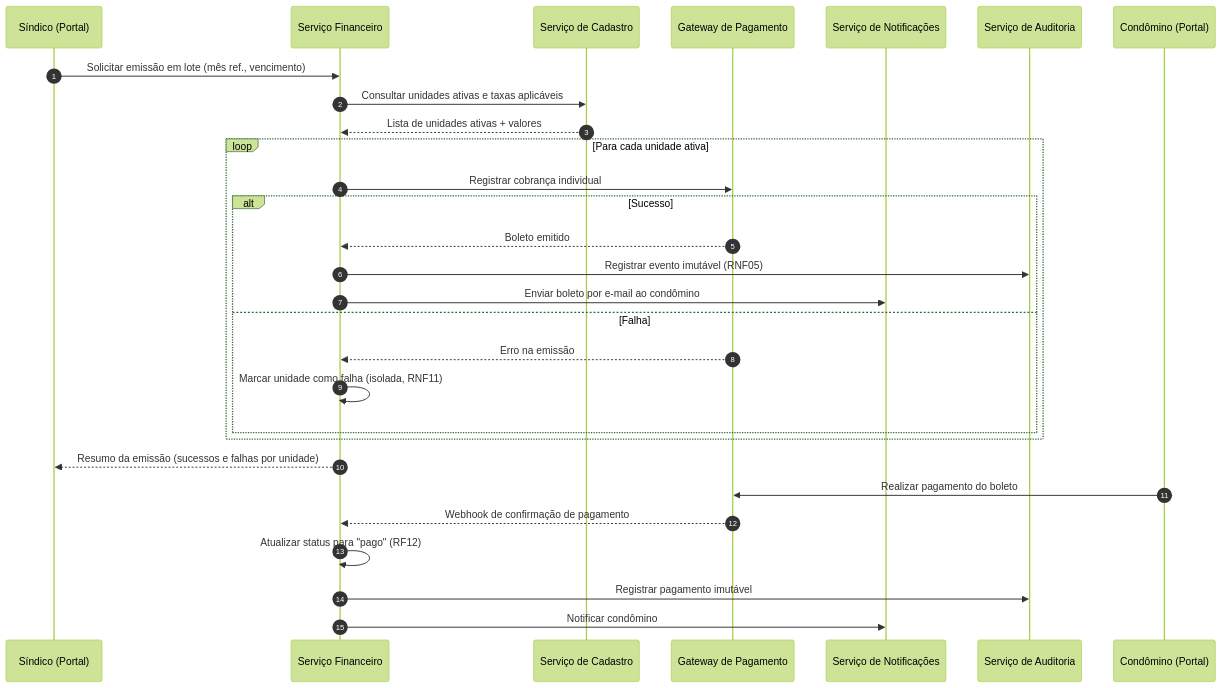
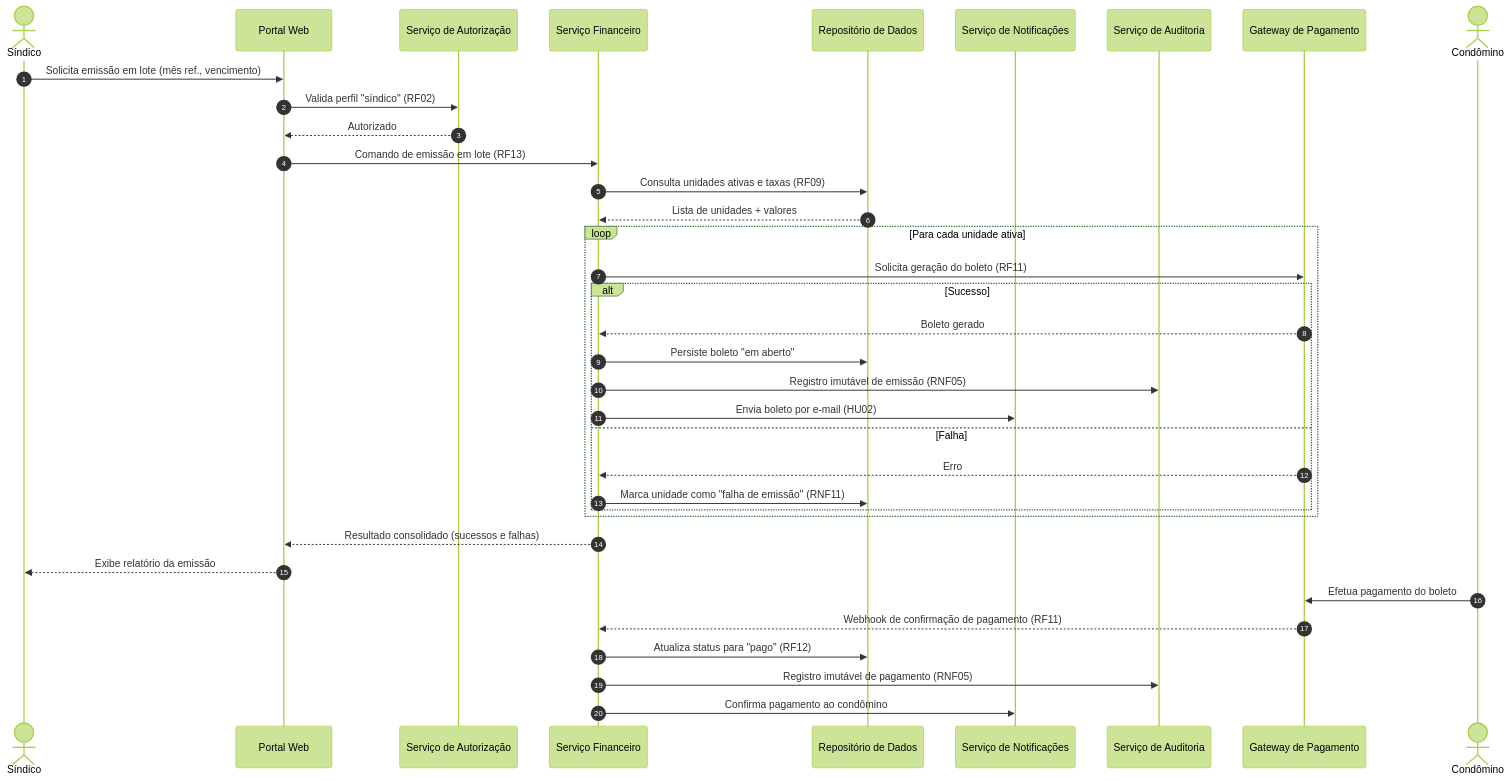
Before and after one commit to PDC-ESIA/AI4ES: the second of 3 diagrams in docs/Time_2_Design/analise-qualitativa/outputs/relatorio_claude_fable_5_M04.md, drawn with Mermaid (forest theme). The commit also changed other lines of this file and 107 other files, not shown here.

````diff
--- a/docs/Time_2_Design/analise-qualitativa/outputs/relatorio_claude_fable_5_M04.md
+++ b/docs/Time_2_Design/analise-qualitativa/outputs/relatorio_claude_fable_5_M04.md
@@ -85,33 +95,40 @@
 ```mermaid
 sequenceDiagram
     autonumber
-    participant S as Síndico (Portal)
-    participant FIN as Serviço Financeiro
-    participant CAD as Serviço de Cadastro
-    participant GW as Gateway de Pagamento
-    participant NOT as Serviço de Notificações
-    participant AUD as Serviço de Auditoria
-    participant C as Condômino (Portal)
+    actor S as Síndico
+    participant P as Portal Web
+    participant A as Serviço de Autorização
+    participant F as Serviço Financeiro
+    participant R as Repositório de Dados
+    participant N as Serviço de Notificações
+    participant AU as Serviço de Auditoria
+    participant G as Gateway de Pagamento
+    actor C as Condômino
 
-    S->>FIN: Solicitar emissão em lote (mês ref., vencimento)
-    FIN->>CAD: Consultar unidades ativas e taxas aplicáveis
-    CAD-->>FIN: Lista de unidades ativas + valores
+    S->>P: Solicita emissão em lote (mês ref., vencimento)
+    P->>A: Valida perfil "síndico" (RF02)
+    A-->>P: Autorizado
+    P->>F: Comando de emissão em lote (RF13)
+    F->>R: Consulta unidades ativas e taxas (RF09)
+    R-->>F: Lista de unidades + valores
     loop Para cada unidade ativa
-        FIN->>GW: Registrar cobrança individual
+        F->>G: Solicita geração do boleto (RF11)
         alt Sucesso
-            GW-->>FIN: Boleto emitido
-            FIN->>AUD: Registrar evento imutável (RNF05)
-            FIN->>NOT: Enviar boleto por e-mail ao condômino
+            G-->>F: Boleto gerado
+            F->>R: Persiste boleto "em aberto"
+            F->>AU: Registro imutável de emissão (RNF05)
+            F->>N: Envia boleto por e-mail (HU02)
         else Falha
-            GW-->>FIN: Erro na emissão
-            FIN->>FIN: Marcar unidade como falha (isolada, RNF11)
+            G-->>F: Erro
+            F->>R: Marca unidade como "falha de emissão" (RNF11)
         end
     end
-    FIN-->>S: Resumo da emissão (sucessos e falhas por unidade)
+    F-->>P: Resultado consolidado (sucessos e falhas)
+    P-->>S: Exibe relatório da emissão
 
-    C->>GW: Realizar pagamento do boleto
-    GW-->>FIN: Webhook de confirmação de pagamento
-    FIN->>FIN: Atualizar status para "pago" (RF12)
-    FIN->>AUD: Registrar pagamento imutável
-    FIN->>NOT: Notificar condômino
+    C->>G: Efetua pagamento do boleto
+    G-->>F: Webhook de confirmação de pagamento (RF11)
+    F->>R: Atualiza status para "pago" (RF12)
+    F->>AU: Registro imutável de pagamento (RNF05)
+    F->>N: Confirma pagamento ao condômino
 ```
````
